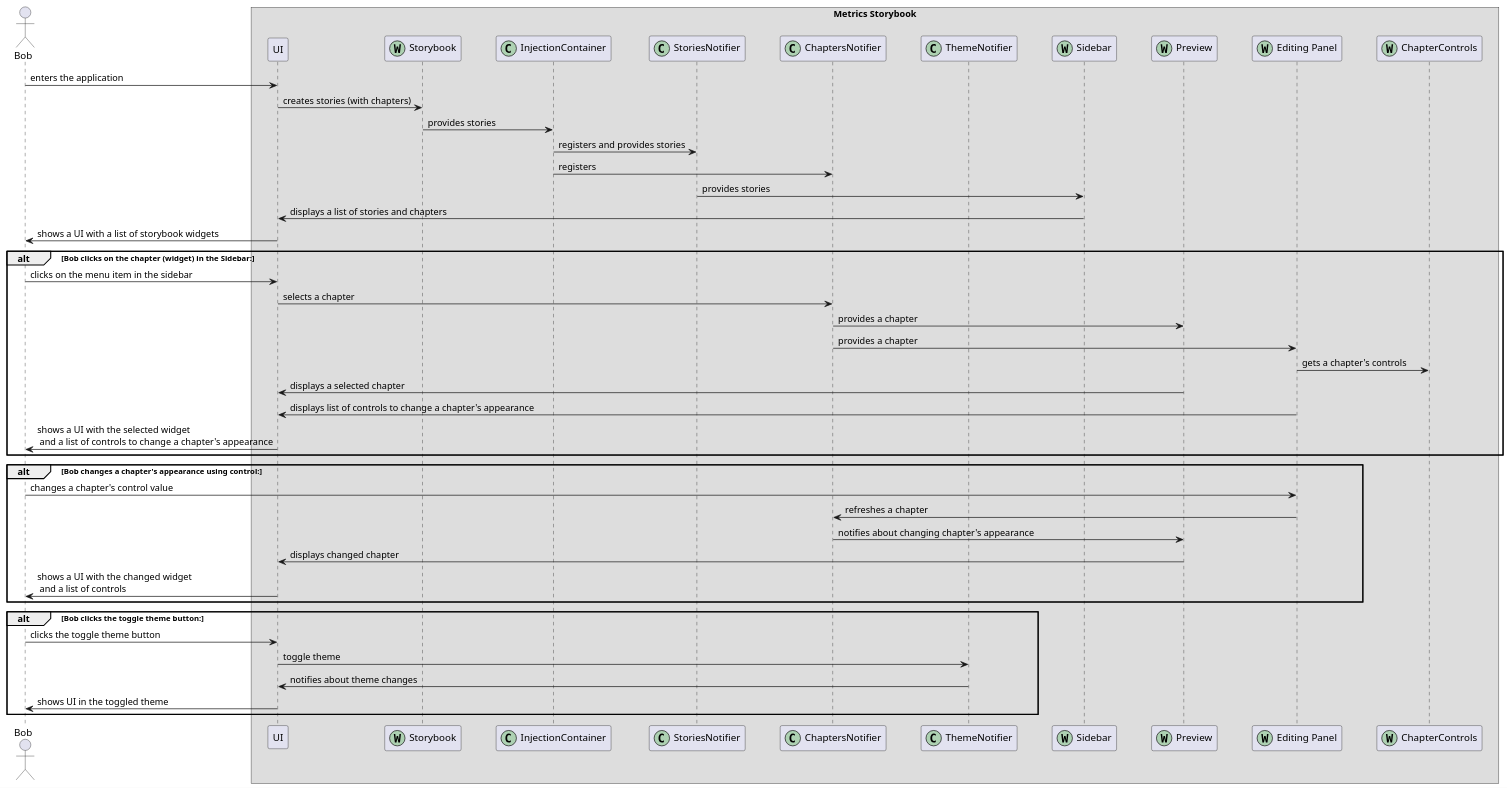
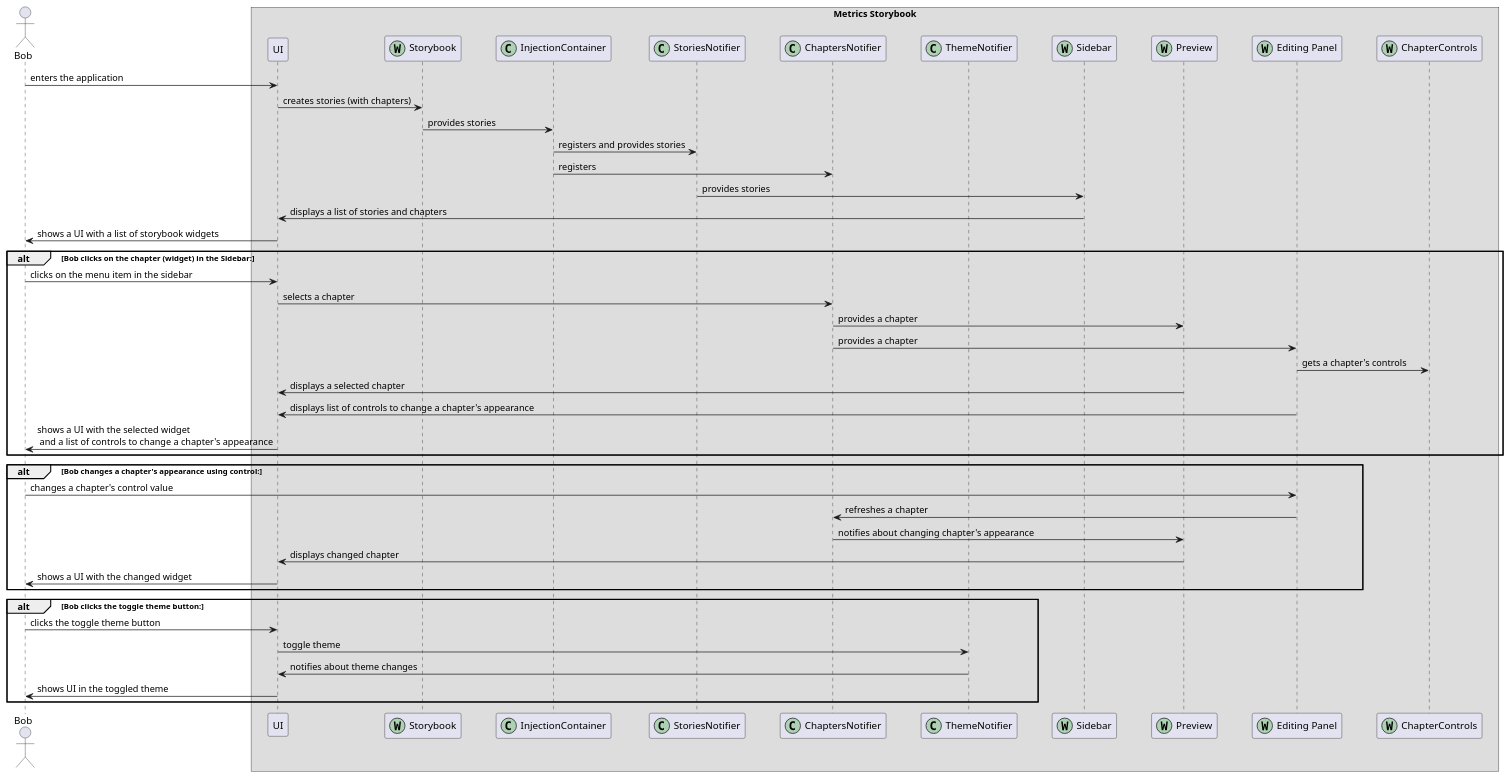
Before and after one commit to Flank/flank-dashboard: the diagram in metrics/web/docs/features/storybook/diagrams/metrics_storybook_sequence_diagram.puml, drawn with PlantUML. The commit also changed 1 other file, not shown here.

```diff
--- a/metrics/web/docs/features/storybook/diagrams/metrics_storybook_sequence_diagram.puml
+++ b/metrics/web/docs/features/storybook/diagrams/metrics_storybook_sequence_diagram.puml
@@ -1,56 +1,56 @@
 @startuml metrics_storybook_sequence_diagram
 
 skinparam ParticipantPadding 20
 skinparam BoxPadding 10
     
 actor Bob
 
 box "Metrics Storybook"
     participant UI
     participant Storybook << (W,#ADD1B2) >>
     participant InjectionContainer << (C,#ADD1B2) >>
     participant StoriesNotifier << (C,#ADD1B2) >>
     participant ChaptersNotifier << (C,#ADD1B2) >>
     participant ThemeNotifier << (C,#ADD1B2) >>
     participant Sidebar << (W,#ADD1B2) >>
     participant Preview << (W,#ADD1B2) >>
     participant "Editing Panel" as EP << (W,#ADD1B2) >>
     participant ChapterControls << (W,#ADD1B2) >>
 end box
 
 Bob -> UI : enters the application
 UI -> Storybook : creates stories (with chapters)
 Storybook -> InjectionContainer : provides stories
 InjectionContainer -> StoriesNotifier : registers and provides stories
 InjectionContainer -> ChaptersNotifier : registers
 StoriesNotifier -> Sidebar : provides stories
 Sidebar -> UI : displays a list of stories and chapters
 UI -> Bob : shows a UI with a list of storybook widgets
 
 alt Bob clicks on the chapter (widget) in the Sidebar:
     Bob -> UI : clicks on the menu item in the sidebar
     UI -> ChaptersNotifier : selects a chapter
     ChaptersNotifier -> Preview : provides a chapter
     ChaptersNotifier -> EP : provides a chapter
     EP -> ChapterControls : gets a chapter's controls
     Preview -> UI : displays a selected chapter
     EP -> UI : displays list of controls to change a chapter's appearance
     UI -> Bob : shows a UI with the selected widget\n and a list of controls to change a chapter's appearance
 end
 
 alt Bob changes a chapter's appearance using control:
     Bob -> EP : changes a chapter's control value
     EP -> ChaptersNotifier : refreshes a chapter
     ChaptersNotifier -> Preview : notifies about changing chapter's appearance
     Preview -> UI : displays changed chapter
-    UI -> Bob : shows a UI with the changed widget\n and a list of controls
+    UI -> Bob : shows a UI with the changed widget
 end
 
 alt Bob clicks the toggle theme button:
     Bob -> UI : clicks the toggle theme button
     UI -> ThemeNotifier : toggle theme
     ThemeNotifier -> UI : notifies about theme changes
     UI -> Bob : shows UI in the toggled theme
 end
 
 @enduml
```
